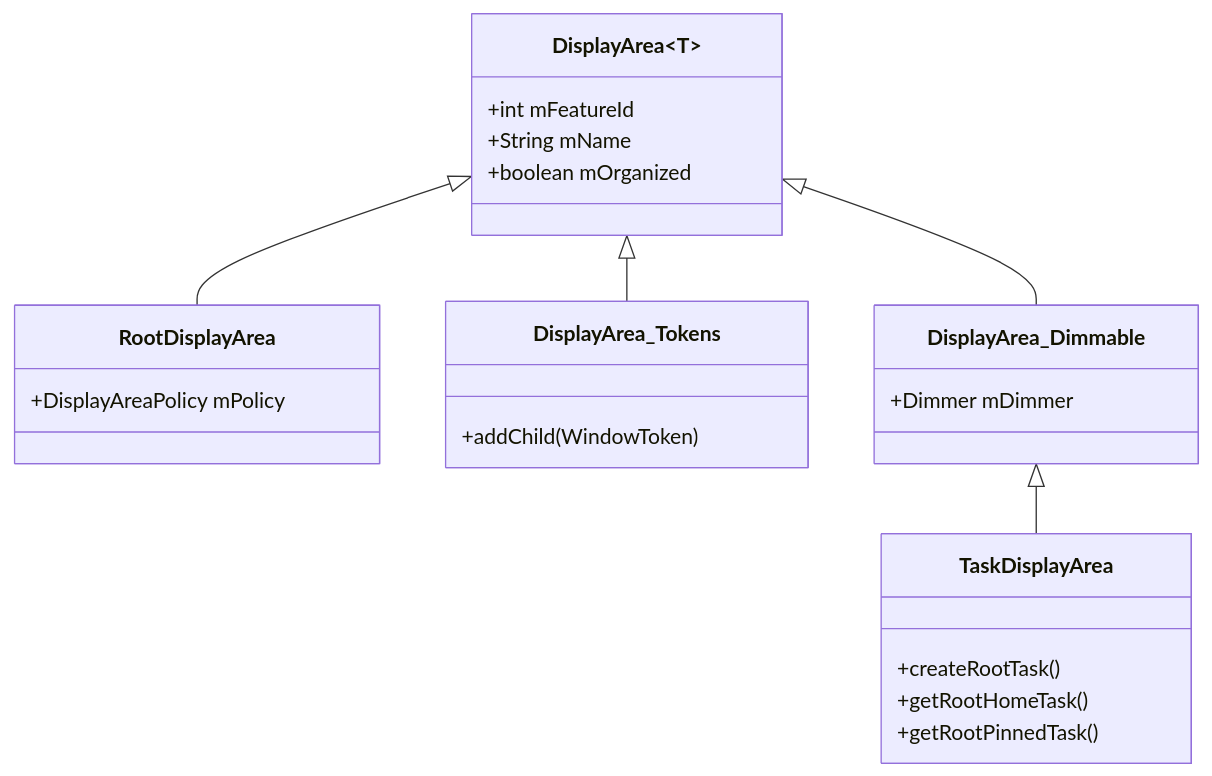
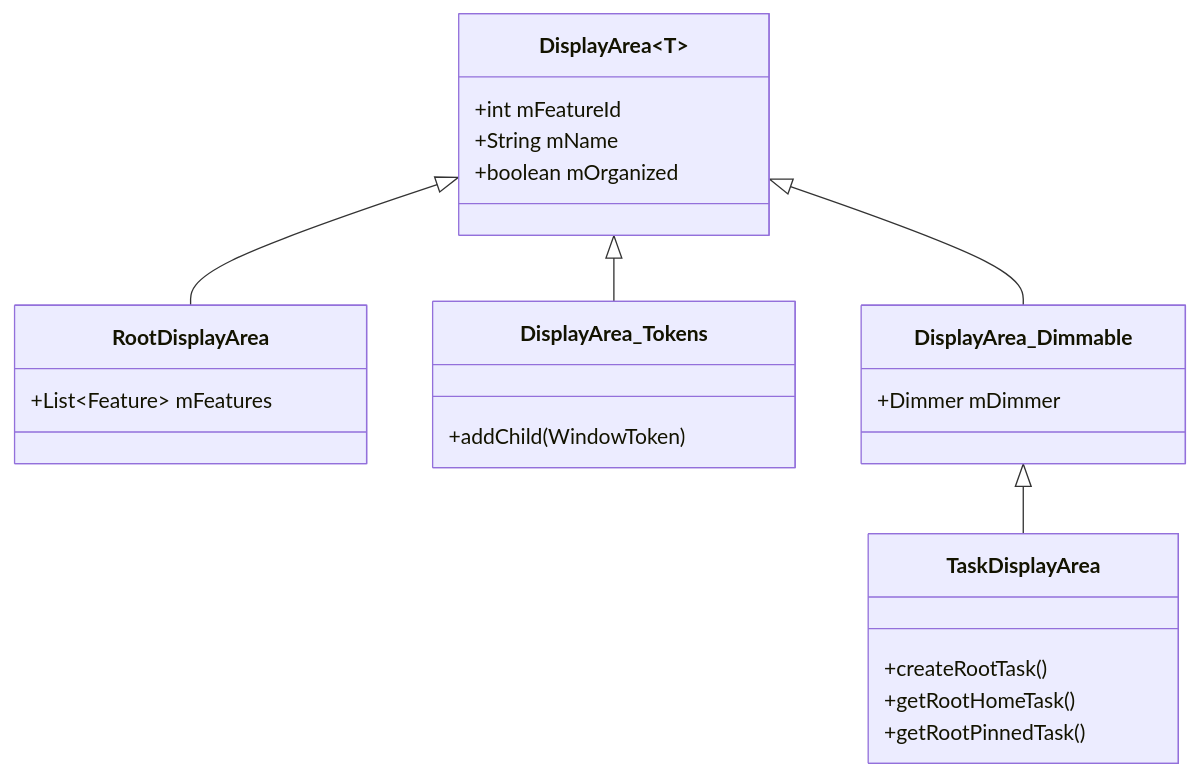
Diagram 27 of 33 in agents/claude/skills/aosp-framework-core/23-window-system.md (aospbooks/aosp-internal-book), drawn with Mermaid before and after one commit. The commit also changed other lines of this file and 218 other files, not shown here.

````diff
--- a/agents/claude/skills/aosp-framework-core/23-window-system.md
+++ b/agents/claude/skills/aosp-framework-core/23-window-system.md
@@ -2689,31 +2706,31 @@
 ```mermaid
 classDiagram
     class DisplayArea~T~ {
         +int mFeatureId
         +String mName
         +boolean mOrganized
     }
 
     class RootDisplayArea {
-        +DisplayAreaPolicy mPolicy
+        +List~Feature~ mFeatures
     }
 
     class DisplayArea_Tokens {
         +addChild(WindowToken)
     }
 
     class DisplayArea_Dimmable {
         +Dimmer mDimmer
     }
 
     class TaskDisplayArea {
         +createRootTask()
         +getRootHomeTask()
         +getRootPinnedTask()
     }
 
     DisplayArea <|-- RootDisplayArea
     DisplayArea <|-- DisplayArea_Tokens
     DisplayArea <|-- DisplayArea_Dimmable
     DisplayArea_Dimmable <|-- TaskDisplayArea
 ```
````
